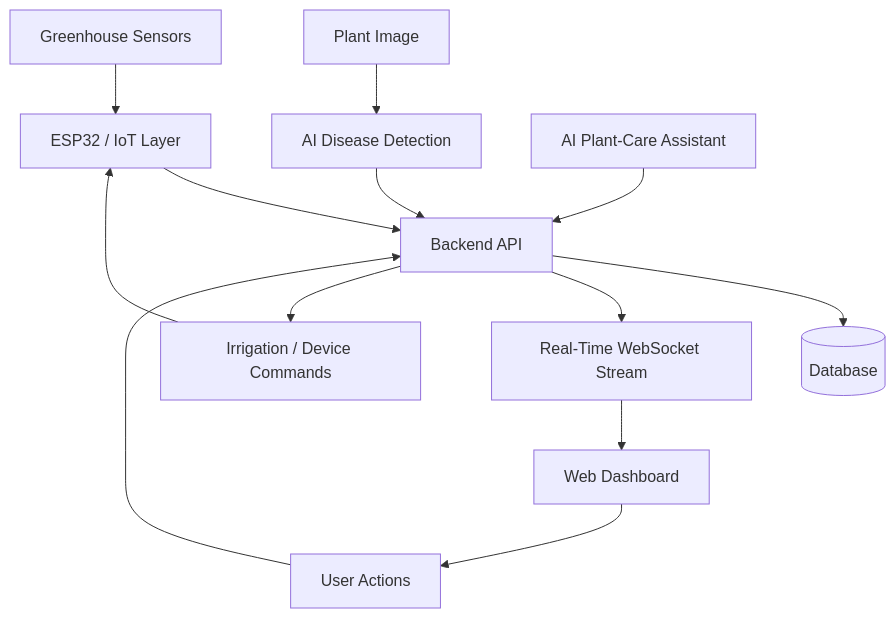
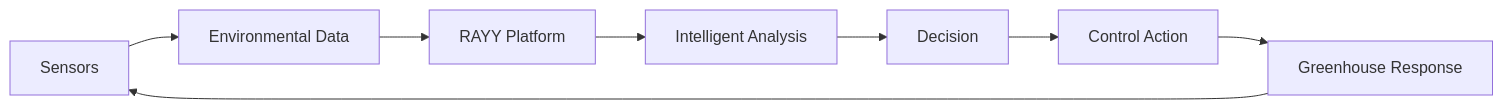
The diagram in README.md (AhmedDev374/RAYY), drawn with Mermaid before and after one commit. The commit also changed other lines of this file and 2 other files, not shown here.

````diff
--- a/README.md
+++ b/README.md
@@ -95,20 +65,10 @@
 ```mermaid
-flowchart TD
-    A[Greenhouse Sensors] --> B[ESP32 / IoT Layer]
-    B --> C[Backend API]
-    C --> D[(Database)]
-
-    C --> E[Real-Time WebSocket Stream]
-    E --> F[Web Dashboard]
-
-    G[Plant Image] --> H[AI Disease Detection]
-    H --> C
-
-    F --> I[User Actions]
-    I --> C
-
-    J[AI Plant-Care Assistant] --> C
-
-    C --> K[Irrigation / Device Commands]
-    K --> B
+flowchart LR
+    A[Sensors] --> B[Environmental Data]
+    B --> C[RAYY Platform]
+    C --> D[Intelligent Analysis]
+    D --> E[Decision]
+    E --> F[Control Action]
+    F --> G[Greenhouse Response]
+    G --> A
 ```
````
